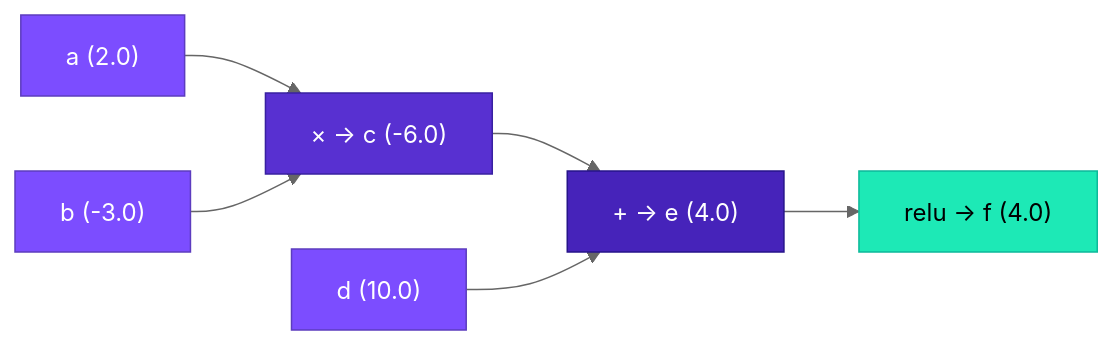
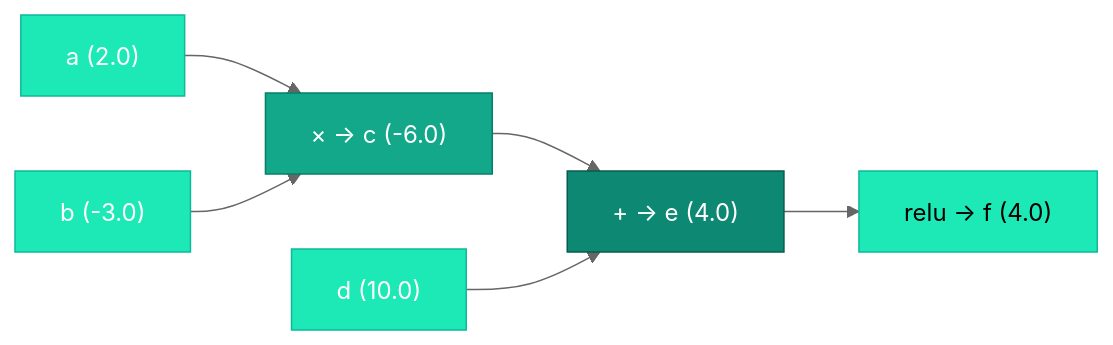
The first of 2 diagrams in docs/02-calculus-and-autograd/03-forward-pass.md (iamkhalid2/microgpt-course), drawn with Mermaid (neutral theme) before and after one commit. The commit also changed other lines of this file and 23 other files, not shown here.

````diff
--- a/docs/02-calculus-and-autograd/03-forward-pass.md
+++ b/docs/02-calculus-and-autograd/03-forward-pass.md
@@ -35,15 +35,15 @@
     ```mermaid
     flowchart LR
         A["a (2.0)"] --> MUL["× → c (-6.0)"]
         B["b (-3.0)"] --> MUL
         MUL --> ADD["+ → e (4.0)"]
         D["d (10.0)"] --> ADD
         ADD --> RELU["relu → f (4.0)"]
 
-        style A fill:#7c4dff,stroke:#5c3cbf,color:#fff
-        style B fill:#7c4dff,stroke:#5c3cbf,color:#fff
-        style D fill:#7c4dff,stroke:#5c3cbf,color:#fff
-        style MUL fill:#5830d1,stroke:#3820a1,color:#fff
-        style ADD fill:#4623ba,stroke:#26138a,color:#fff
+        style A fill:#1de9b6,stroke:#0db99a,color:#fff
+        style B fill:#1de9b6,stroke:#0db99a,color:#fff
+        style D fill:#1de9b6,stroke:#0db99a,color:#fff
+        style MUL fill:#12a889,stroke:#0a7d68,color:#fff
+        style ADD fill:#0d8872,stroke:#085c4e,color:#fff
         style RELU fill:#1de9b6,stroke:#0db99a,color:#000
     ```
````
